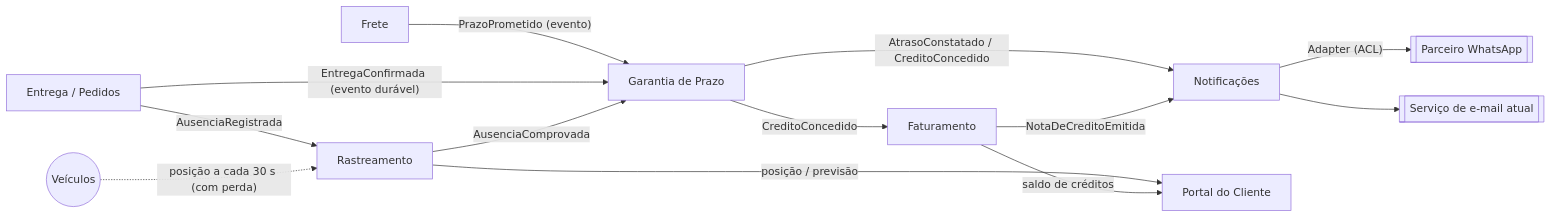
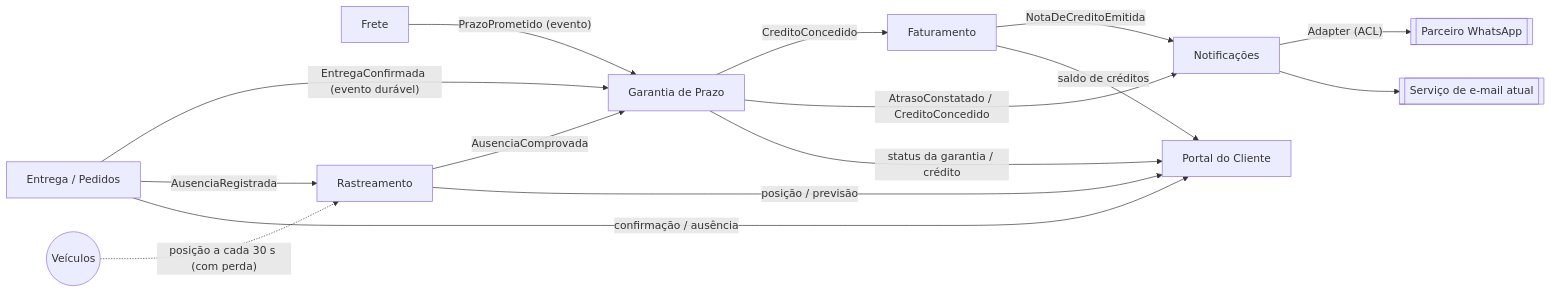
One commit to filipideoliveira/mwe-2026-2-cp3-logitech changed the diagram in docs/01-dominio.md. Above: the diagram before and after it, drawn with Mermaid. The commit also changed other lines of this file, not shown here.

Commit message:
docs: liga garantia e entrega ao portal no mapa de contexto
Claude-Session: https://claude.ai/code/session_015h4vURmgfQYgiQ6bftU4Bo

````diff
--- a/docs/01-dominio.md
+++ b/docs/01-dominio.md
@@ -24,15 +24,17 @@
 ```mermaid
 flowchart LR
     FR[Frete] -- "PrazoPrometido (evento)" --> GP[Garantia de Prazo]
     EN[Entrega / Pedidos] -- "EntregaConfirmada (evento durável)" --> GP
     EN -- "AusenciaRegistrada" --> RA[Rastreamento]
     VE((Veículos)) -. "posição a cada 30 s (com perda)" .-> RA
     RA -- "AusenciaComprovada" --> GP
     GP -- "CreditoConcedido" --> FA[Faturamento]
     GP -- "AtrasoConstatado / CreditoConcedido" --> NO[Notificações]
     FA -- "NotaDeCreditoEmitida" --> NO
     NO -- "Adapter (ACL)" --> WA[[Parceiro WhatsApp]]
     NO --> EM[[Serviço de e-mail atual]]
     RA -- "posição / previsão" --> PO[Portal do Cliente]
     FA -- "saldo de créditos" --> PO
+    GP -- "status da garantia / crédito" --> PO
+    EN -- "confirmação / ausência" --> PO
 ```
````
